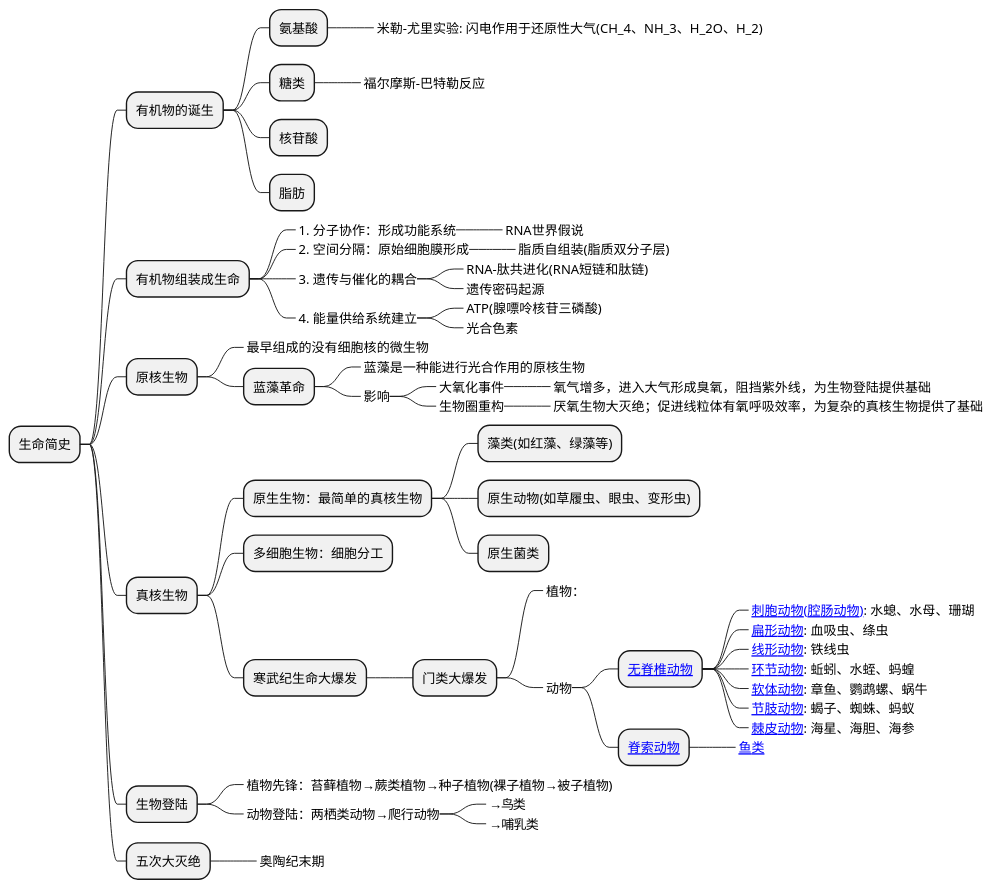
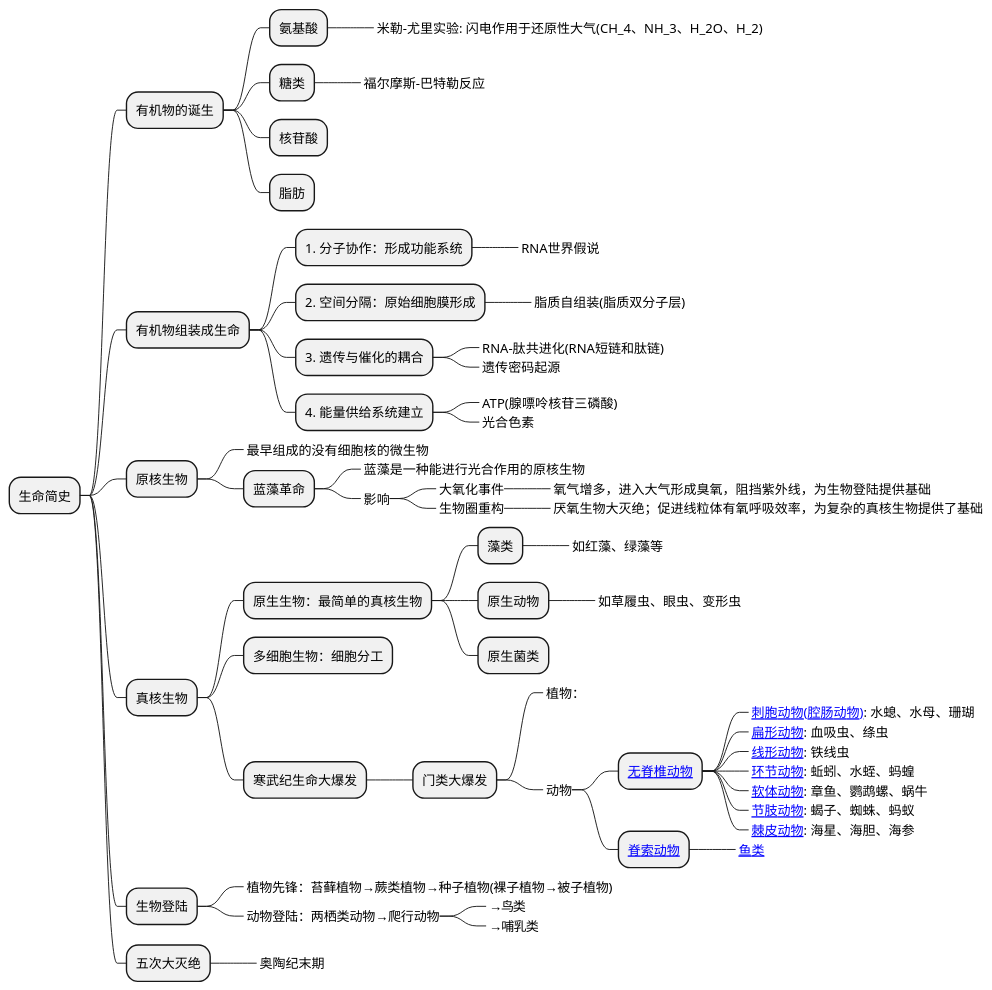
The diagram in source/_posts/history/life-history.md (holmofy/blog.hufeifei.cn), drawn with PlantUML before and after one commit.

````diff
--- a/source/_posts/history/life-history.md
+++ b/source/_posts/history/life-history.md
@@ -15,59 +15,61 @@
 ```plantuml
 @startmindmap
 + 生命简史
 ++ 有机物的诞生
 +++ 氨基酸
 ++++_ 米勒-尤里实验: 闪电作用于还原性大气(CH_4、NH_3、H_2O、H_2)
 +++ 糖类
 ++++_ 福尔摩斯-巴特勒反应
 +++ 核苷酸
 +++ 脂肪
 ++ 有机物组装成生命
-+++_ 1. 分子协作：形成功能系统
++++ 1. 分子协作：形成功能系统
 ++++_ RNA世界假说
-+++_ 2. 空间分隔：原始细胞膜形成
++++ 2. 空间分隔：原始细胞膜形成
 ++++_ 脂质自组装(脂质双分子层)
-+++_ 3. 遗传与催化的耦合
++++ 3. 遗传与催化的耦合
 ++++_ RNA-肽共进化(RNA短链和肽链)
 ++++_ 遗传密码起源
-+++_ 4. 能量供给系统建立
++++ 4. 能量供给系统建立
 ++++_ ATP(腺嘌呤核苷三磷酸)
 ++++_ 光合色素
 ++ 原核生物
 +++_ 最早组成的没有细胞核的微生物
 +++ 蓝藻革命
 ++++_ 蓝藻是一种能进行光合作用的原核生物
 ++++_ 影响
 +++++_ 大氧化事件
 ++++++_ 氧气增多，进入大气形成臭氧，阻挡紫外线，为生物登陆提供基础
 +++++_ 生物圈重构
 ++++++_ 厌氧生物大灭绝；促进线粒体有氧呼吸效率，为复杂的真核生物提供了基础
 ++ 真核生物
 +++ 原生生物：最简单的真核生物
-++++ 藻类(如红藻、绿藻等)
-++++ 原生动物(如草履虫、眼虫、变形虫)
+++++ 藻类
++++++_ 如红藻、绿藻等
+++++ 原生动物
++++++_ 如草履虫、眼虫、变形虫
 ++++ 原生菌类
 +++ 多细胞生物：细胞分工
 +++ 寒武纪生命大爆发
 ++++ 门类大爆发
 +++++_ 植物：
 +++++_ 动物
 ++++++ [[https://baike.baidu.com/item/无脊椎动物/149803 无脊椎动物]]
 +++++++_ [[https://baike.baidu.com/item/刺胞动物门 刺胞动物(腔肠动物)]]: 水螅、水母、珊瑚
 +++++++_ [[https://baike.baidu.com/item/扁形动物门 扁形动物]]: 血吸虫、绦虫
 +++++++_ [[https://baike.baidu.com/item/线形动物门 线形动物]]: 铁线虫
 +++++++_ [[https://baike.baidu.com/item/环节动物 环节动物]]: 蚯蚓、水蛭、蚂蝗
 +++++++_ [[https://baike.baidu.com/item/软体动物 软体动物]]: 章鱼、鹦鹉螺、蜗牛
 +++++++_ [[https://baike.baidu.com/item/节肢动物门 节肢动物]]: 蝎子、蜘蛛、蚂蚁
 +++++++_ [[https://baike.baidu.com/item/棘皮动物门 棘皮动物]]: 海星、海胆、海参
 ++++++ [[https://baike.baidu.com/item/脊索动物门 脊索动物]]
 +++++++_ [[https://baike.baidu.com/item/鱼类/524517 鱼类]]
 ++ 生物登陆
 +++_ 植物先锋：苔藓植物→蕨类植物→种子植物(裸子植物→被子植物)
 +++_ 动物登陆：两栖类动物→爬行动物
 ++++_ →鸟类
 ++++_ →哺乳类
 ++ 五次大灭绝
 +++_ 奥陶纪末期
 @endmindmap
 ```
````
